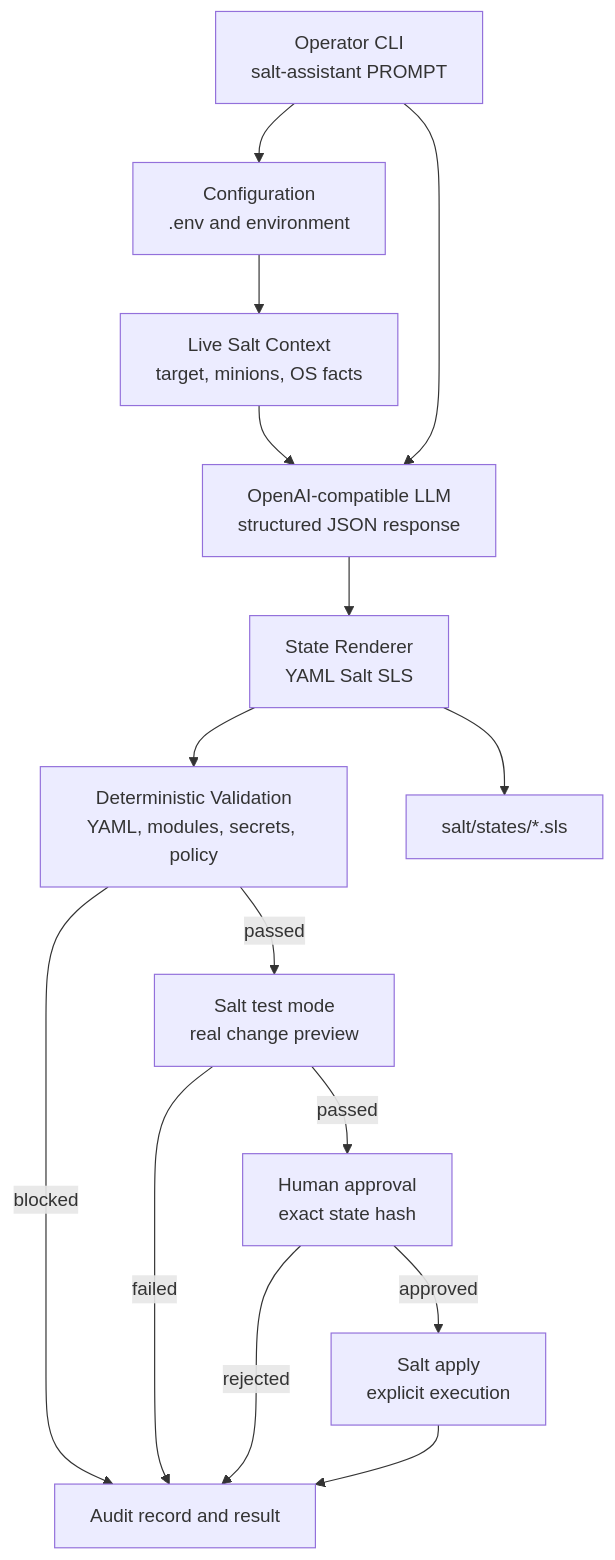
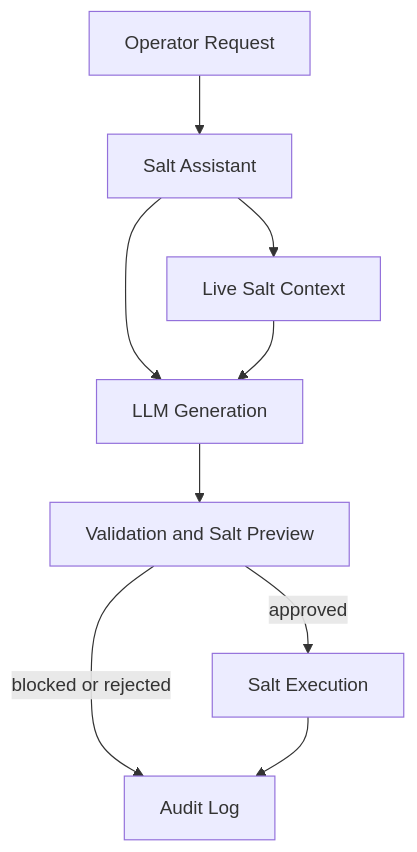
One commit to whatanakKean/Salt-Assistant changed the diagram in README.md. Above: the diagram before and after it, drawn with Mermaid. The commit also changed other lines of this file, not shown here.

Commit message:
refactor: Simplify flowchart and clarify Salt Assistant process in README

````diff
--- a/README.md
+++ b/README.md
@@ -7,17 +7,11 @@
 ```mermaid
 flowchart TD
-	A[Operator CLI\nsalt-assistant PROMPT] --> B[Configuration\n.env and environment]
-	B --> C[Live Salt Context\ntarget, minions, OS facts]
-	C --> D[OpenAI-compatible LLM\nstructured JSON response]
-	A --> D
-	D --> E[State Renderer\nYAML Salt SLS]
-	E --> F[Deterministic Validation\nYAML, modules, secrets, policy]
-	F -->|blocked| X[Audit record\nno execution]
-	F -->|passed| G[Salt test mode\nreal change preview]
-	G -->|failed| X
-	G -->|passed| H[Human approval\nexact state hash]
-	H -->|rejected| X
-	H -->|approved| I[Salt apply\nexplicit execution]
-	I --> X[Audit record and result]
-	E --> J[salt/states/*.sls]
+	A[Operator Request] --> B[Salt Assistant]
+	B --> C[Live Salt Context]
+	B --> D[LLM Generation]
+	C --> D
+	D --> E[Validation and Salt Preview]
+	E -->|approved| F[Salt Execution]
+	E -->|blocked or rejected| G[Audit Log]
+	F --> G
 ```
````
